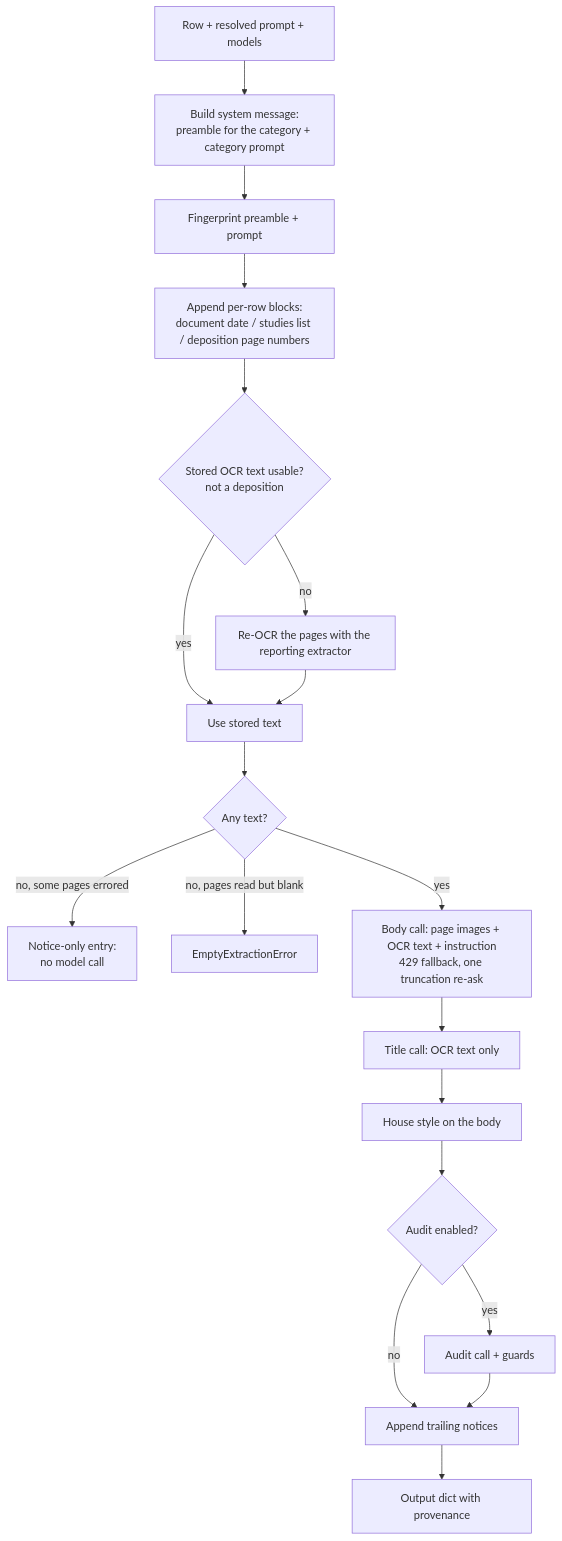
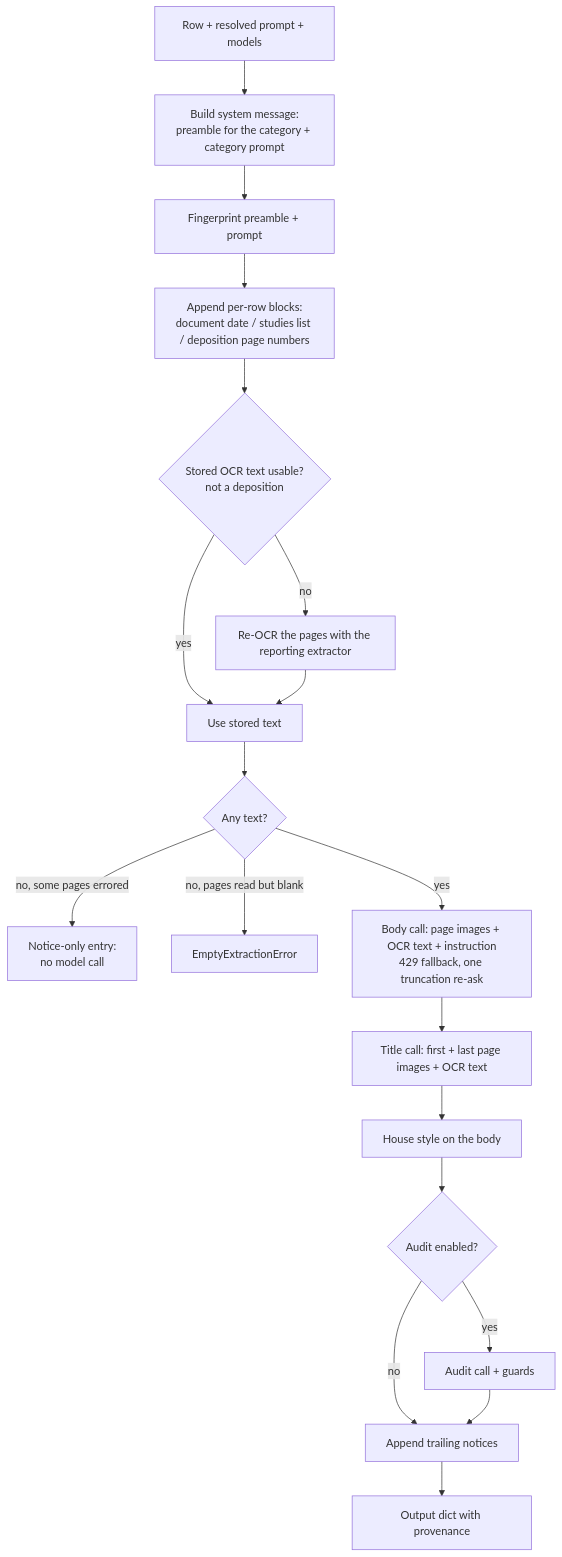
Before and after one commit to gesco-healthcare-support/ai-medical-record-review: the first of 2 diagrams in docs/explanation/summarization.md, drawn with Mermaid. The commit also changed other lines of this file and 3 other files, not shown here.

````diff
--- a/docs/explanation/summarization.md
+++ b/docs/explanation/summarization.md
@@ -30,21 +30,21 @@
 ```mermaid
 flowchart TD
     A[Row + resolved prompt + models] --> B[Build system message:<br/>preamble for the category + category prompt]
     B --> C[Fingerprint preamble + prompt]
     C --> D[Append per-row blocks:<br/>document date / studies list / deposition page numbers]
     D --> E{Stored OCR text usable?<br/>not a deposition}
     E -- yes --> G[Use stored text]
     E -- no --> F[Re-OCR the pages with the reporting extractor]
     F --> G
     G --> H{Any text?}
     H -- no, some pages errored --> N[Notice-only entry:<br/>no model call]
     H -- no, pages read but blank --> X[EmptyExtractionError]
     H -- yes --> I[Body call: page images + OCR text + instruction<br/>429 fallback, one truncation re-ask]
-    I --> J[Title call: OCR text only]
+    I --> J[Title call: first + last page images + OCR text]
     J --> K[House style on the body]
     K --> L{Audit enabled?}
     L -- yes --> M[Audit call + guards]
     L -- no --> O
     M --> O[Append trailing notices]
     O --> P[Output dict with provenance]
 ```
````
